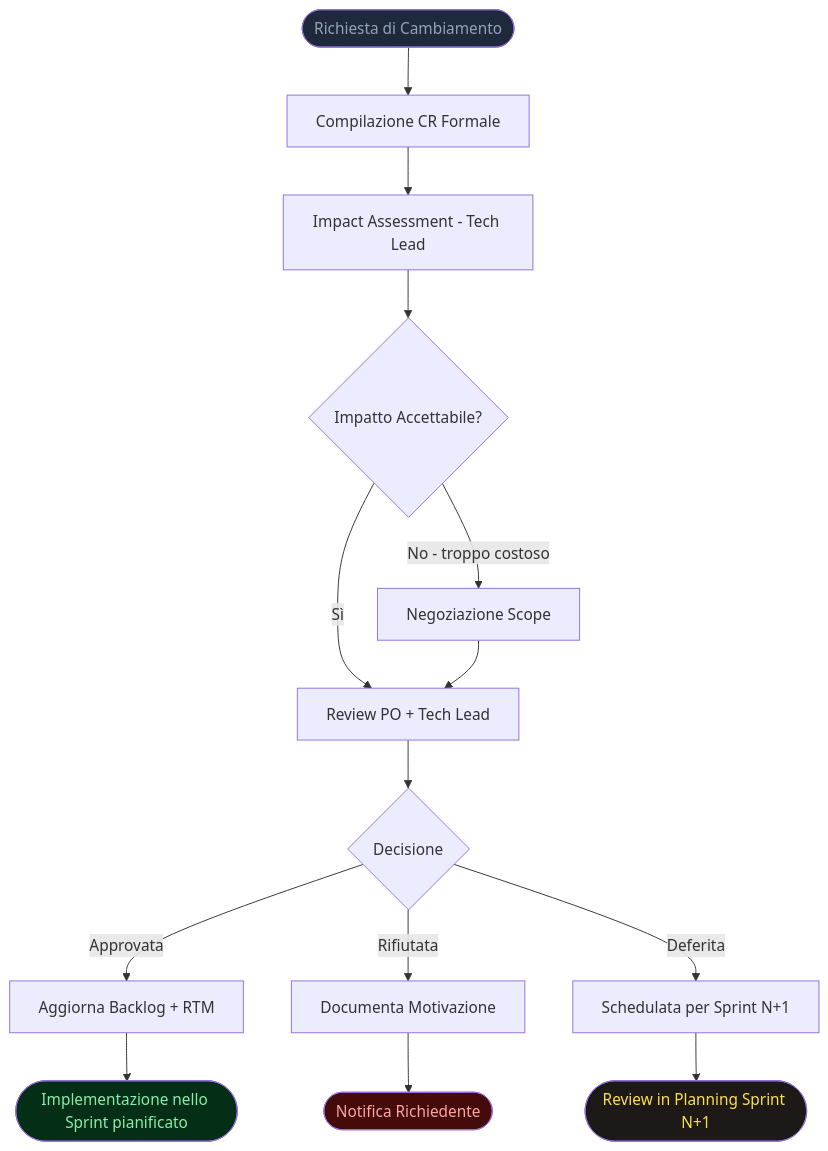
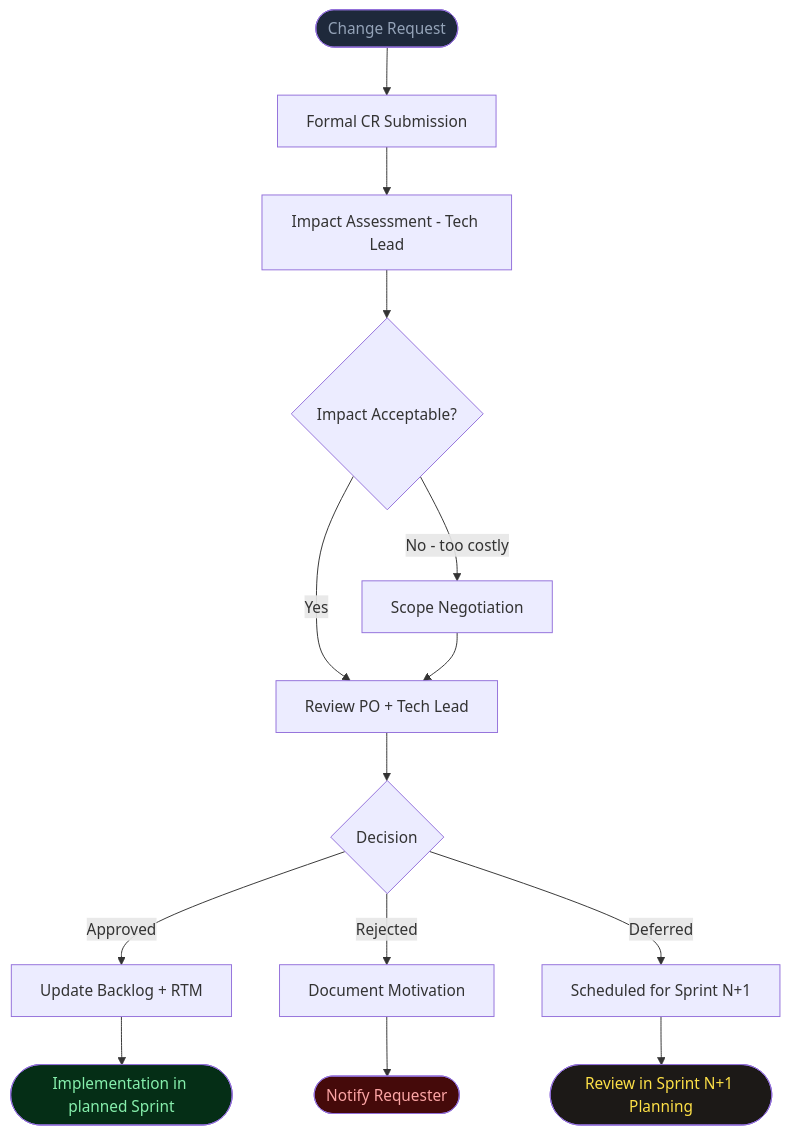
Before and after one commit to ngwes/sdsd: the first of 5 diagrams in diagrams/diagrams.md, drawn with Mermaid. The commit also changed other lines of this file and 13 other files, not shown here.

````diff
--- a/diagrams/diagrams.md
+++ b/diagrams/diagrams.md
@@ -41,21 +41,21 @@
 ```mermaid
 flowchart TD
-    A([Richiesta di Cambiamento]) --> B[Compilazione CR Formale]
+    A([Change Request]) --> B[Formal CR Submission]
     B --> C[Impact Assessment - Tech Lead]
-    C --> D{Impatto Accettabile?}
-    D -->|Sì| E[Review PO + Tech Lead]
-    D -->|No - troppo costoso| F[Negoziazione Scope]
+    C --> D{Impact Acceptable?}
+    D -->|Yes| E[Review PO + Tech Lead]
+    D -->|No - too costly| F[Scope Negotiation]
     F --> E
-    E --> G{Decisione}
-    G -->|Approvata| H[Aggiorna Backlog + RTM]
-    G -->|Rifiutata| I[Documenta Motivazione]
-    G -->|Deferita| J[Schedulata per Sprint N+1]
-    H --> K([Implementazione nello Sprint pianificato])
-    I --> L([Notifica Richiedente])
-    J --> M([Review in Planning Sprint N+1])
+    E --> G{Decision}
+    G -->|Approved| H[Update Backlog + RTM]
+    G -->|Rejected| I[Document Motivation]
+    G -->|Deferred| J[Scheduled for Sprint N+1]
+    H --> K([Implementation in planned Sprint])
+    I --> L([Notify Requester])
+    J --> M([Review in Sprint N+1 Planning])
 
     style A fill:#1e293b,color:#94a3b8
     style K fill:#052e16,color:#86efac
     style L fill:#450a0a,color:#fca5a5
     style M fill:#1c1917,color:#fde047
 ```
````
